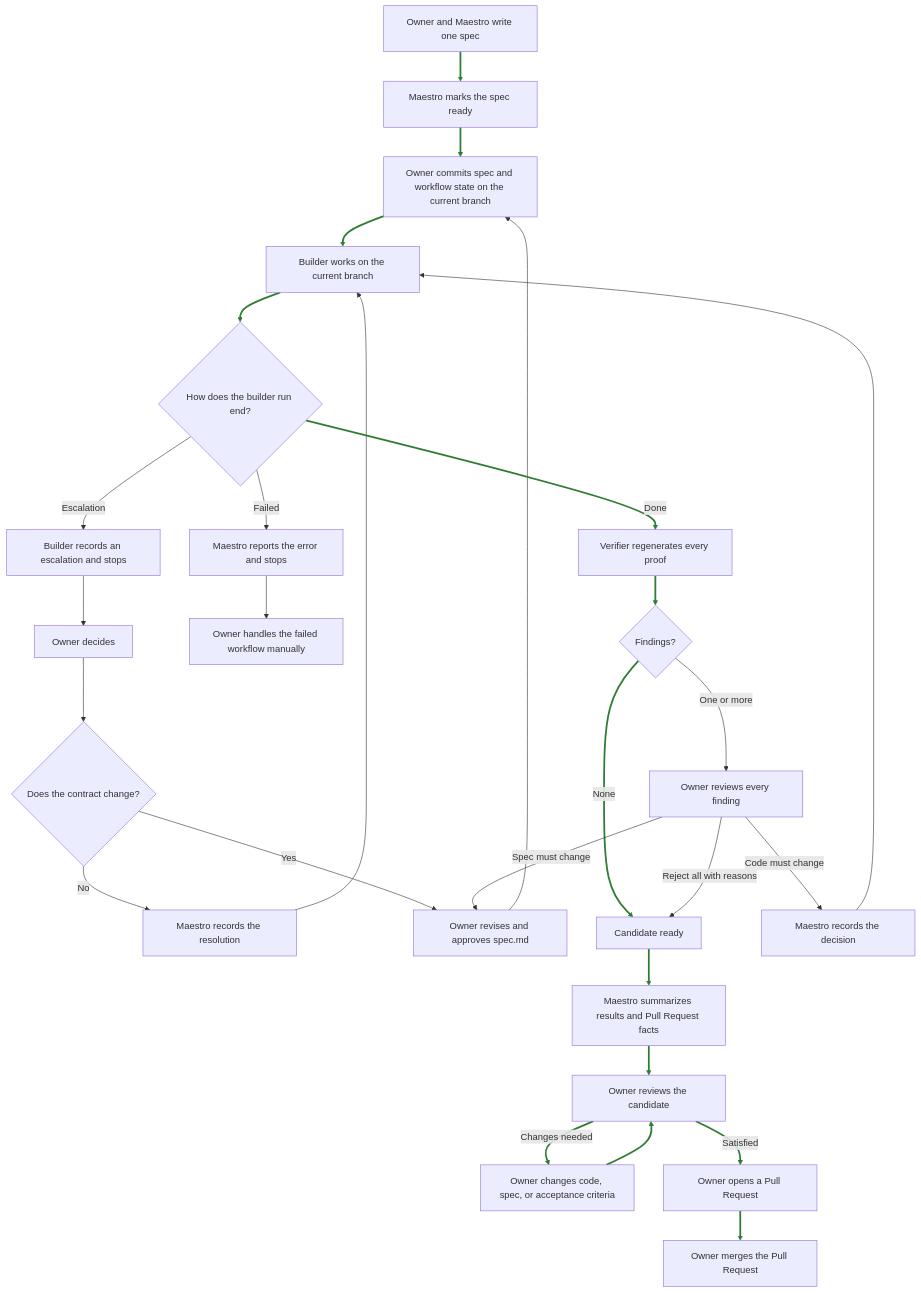
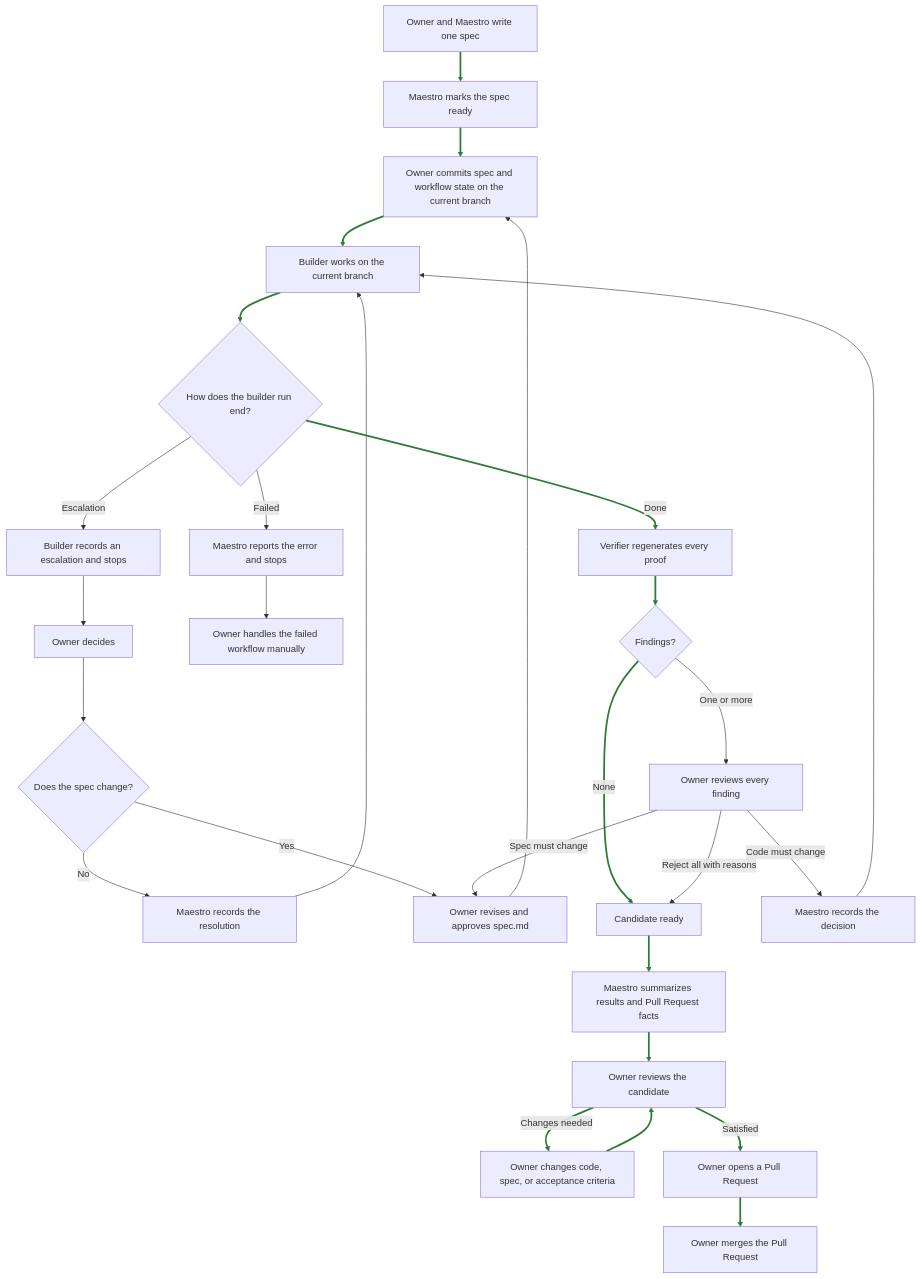
Before and after one commit to emilioSp/pi-maestro: the diagram in docs/workflow.md, drawn with Mermaid. The commit also changed other lines of this file and 37 other files, not shown here.

````diff
--- a/docs/workflow.md
+++ b/docs/workflow.md
@@ -85,44 +73,44 @@
 ```mermaid
 flowchart TD
     spec[Owner and Maestro write one spec]
     ready[Maestro marks the spec ready]
     approval[Owner commits spec and workflow state on the current branch]
     build[Builder works on the current branch]
     buildOutcome{How does the builder run end?}
 
     spec --> ready
     ready --> approval
     approval --> build
     build --> buildOutcome
 
     buildOutcome -->|Escalation| escalation[Builder records an escalation and stops]
     escalation --> ownerAnswer[Owner decides]
-    ownerAnswer --> escalationOutcome{Does the contract change?}
+    ownerAnswer --> escalationOutcome{Does the spec change?}
     escalationOutcome -->|No| recordContinue[Maestro records the resolution]
     recordContinue --> build
     escalationOutcome -->|Yes| reviseSpec[Owner revises and approves spec.md]
     reviseSpec --> approval
 
     buildOutcome -->|Failed| builderFailed[Maestro reports the error and stops]
     builderFailed --> abandoned[Owner handles the failed workflow manually]
 
     buildOutcome -->|Done| verify[Verifier regenerates every proof]
     verify --> findings{Findings?}
 
     findings -->|None| candidate[Candidate ready]
     findings -->|One or more| ownerFindings[Owner reviews every finding]
 
     ownerFindings -->|Reject all with reasons| candidate
     ownerFindings -->|Code must change| returnBuilder[Maestro records the decision]
     returnBuilder --> build
     ownerFindings -->|Spec must change| reviseSpec
 
     candidate --> summary[Maestro summarizes results and Pull Request facts]
     summary --> ownerReview[Owner reviews the candidate]
     ownerReview -->|Changes needed| adjust[Owner changes code, spec, or acceptance criteria]
     adjust --> ownerReview
     ownerReview -->|Satisfied| pullRequest[Owner opens a Pull Request]
     pullRequest --> merge[Owner merges the Pull Request]
 
     linkStyle 0,1,2,3,13,14,15,21,22,23,24,25,26 stroke:#2e7d32,stroke-width:3px
 ```
````
